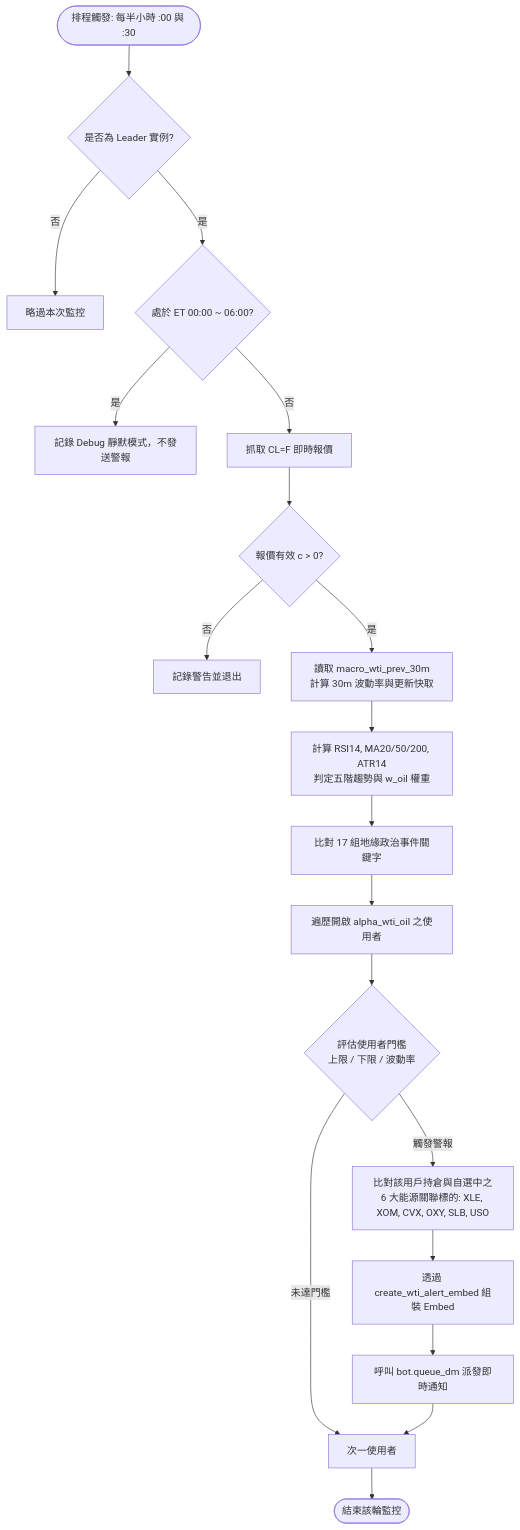
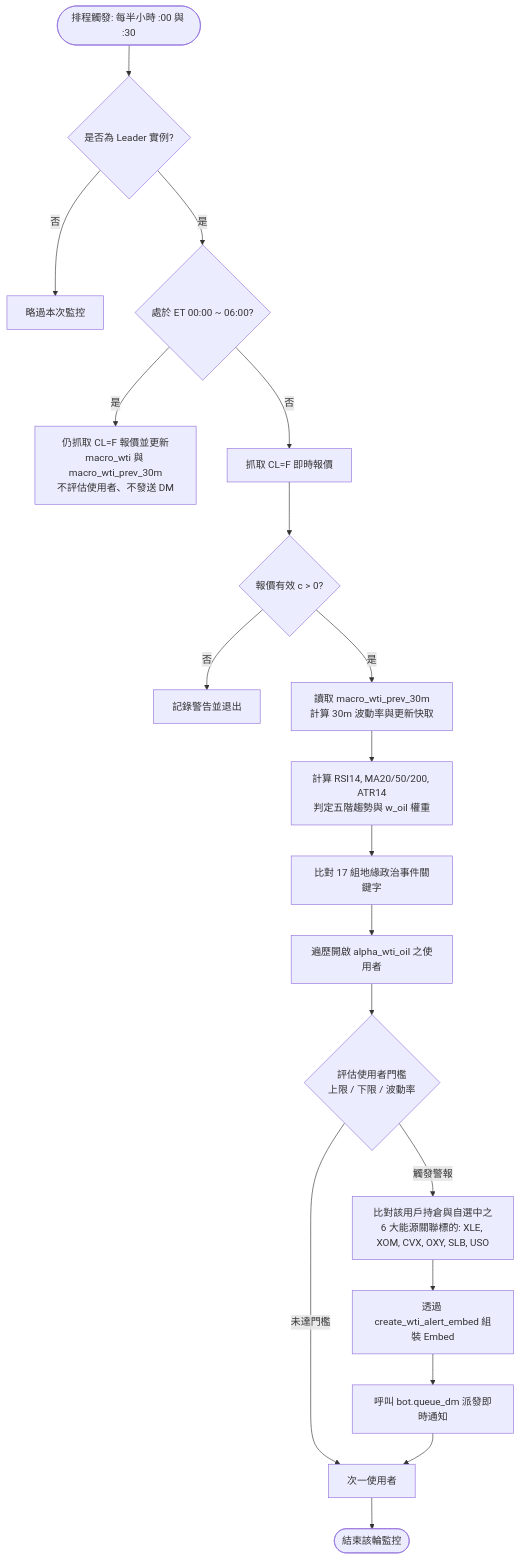
The diagram in docs/macro_sentiment/03_wti_crude_oil_monitor.md (cosmo-chang-1701/nexus-seeker), drawn with Mermaid before and after one commit. The commit also changed other lines of this file and 4 other files, not shown here.

````diff
--- a/docs/macro_sentiment/03_wti_crude_oil_monitor.md
+++ b/docs/macro_sentiment/03_wti_crude_oil_monitor.md
@@ -73,27 +74,27 @@
 ```mermaid
 flowchart TD
     Tick([排程觸發: 每半小時 :00 與 :30]) --> LeaderCheck{是否為 Leader 實例?}
     LeaderCheck -- 否 --> Standby[略過本次監控]
     LeaderCheck -- 是 --> QuietCheck{處於 ET 00:00 ~ 06:00?}
 
-    QuietCheck -- 是 --> QuietLog[記錄 Debug 靜默模式，不發送警報]
+    QuietCheck -- 是 --> QuietRefresh["仍抓取 CL=F 報價並更新<br/>macro_wti 與 macro_wti_prev_30m<br/>不評估使用者、不發送 DM"]
     QuietCheck -- 否 --> FetchQuote[抓取 CL=F 即時報價]
 
     FetchQuote --> ValidQuote{報價有效 c > 0?}
     ValidQuote -- 否 --> LogWarn[記錄警告並退出]
     ValidQuote -- 是 --> CalcChange["讀取 macro_wti_prev_30m<br/>計算 30m 波動率與更新快取"]
 
     CalcChange --> CalcTechnicals["計算 RSI14, MA20/50/200, ATR14<br/>判定五階趨勢與 w_oil 權重"]
     CalcTechnicals --> ScanGeopolitics[比對 17 組地緣政治事件關鍵字]
 
     ScanGeopolitics --> UserLoop[遍歷開啟 alpha_wti_oil 之使用者]
     UserLoop --> CheckThresholds{"評估使用者門檻<br/>上限 / 下限 / 波動率"}
 
     CheckThresholds -- 未達門檻 --> NextUser[次一使用者]
     CheckThresholds -- 觸發警報 --> MapHoldings["比對該用戶持倉與自選中之<br/>6 大能源關聯標的: XLE, XOM, CVX, OXY, SLB, USO"]
 
     MapHoldings --> BuildEmbed[透過 create_wti_alert_embed 組裝 Embed]
     BuildEmbed --> QueueDM[呼叫 bot.queue_dm 派發即時通知]
     QueueDM --> NextUser
     NextUser --> End([結束該輪監控])
 ```
````
